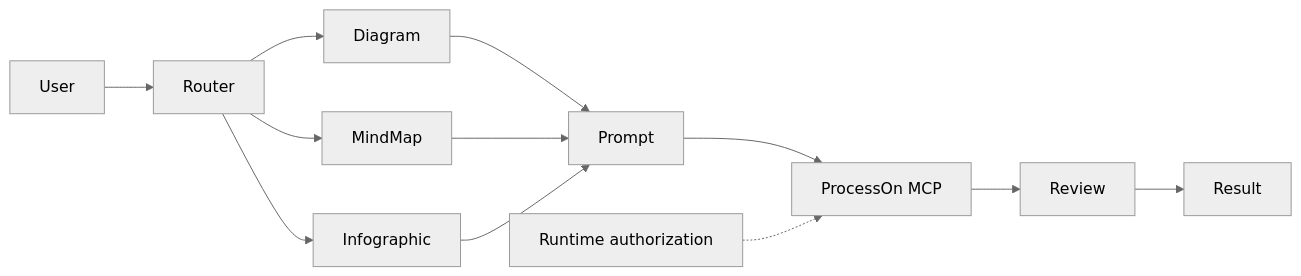
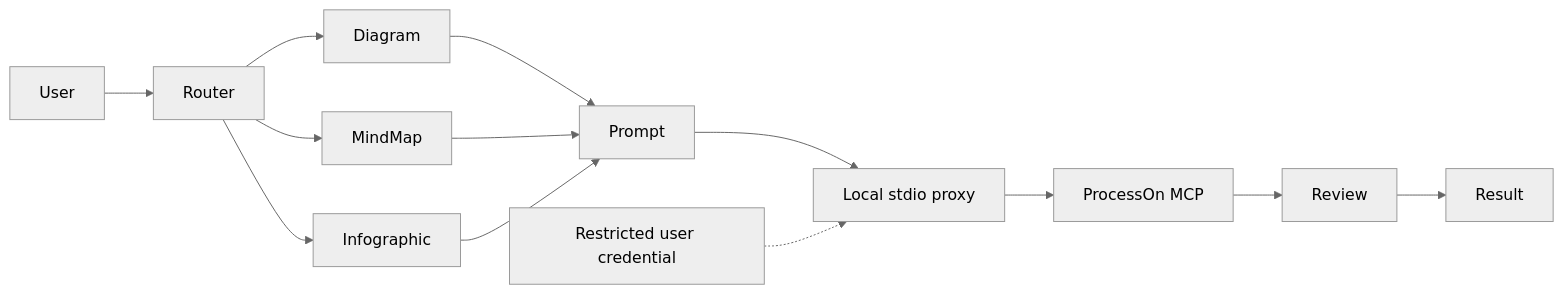
Before and after one commit to full-stack-plugins/partme-processon-plugin: the diagram in docs/Codex-ProcessOn-Plugin-Architecture.md, drawn with Mermaid (neutral theme). The commit also changed other lines of this file and 9 other files, not shown here.

````diff
--- a/docs/Codex-ProcessOn-Plugin-Architecture.md
+++ b/docs/Codex-ProcessOn-Plugin-Architecture.md
@@ -7,14 +7,15 @@
 ```mermaid
 flowchart LR
     User --> Router
     Router --> Diagram
     Router --> MindMap
     Router --> Infographic
     Diagram --> Prompt
     MindMap --> Prompt
     Infographic --> Prompt
-    Prompt --> MCP[ProcessOn MCP]
+    Prompt --> Proxy[Local stdio proxy]
+    Proxy --> MCP[ProcessOn MCP]
     MCP --> Review
     Review --> Result
-    RuntimeSecret[Runtime authorization] -.-> MCP
+    UserSecret[Restricted user credential] -.-> Proxy
 ```
````
